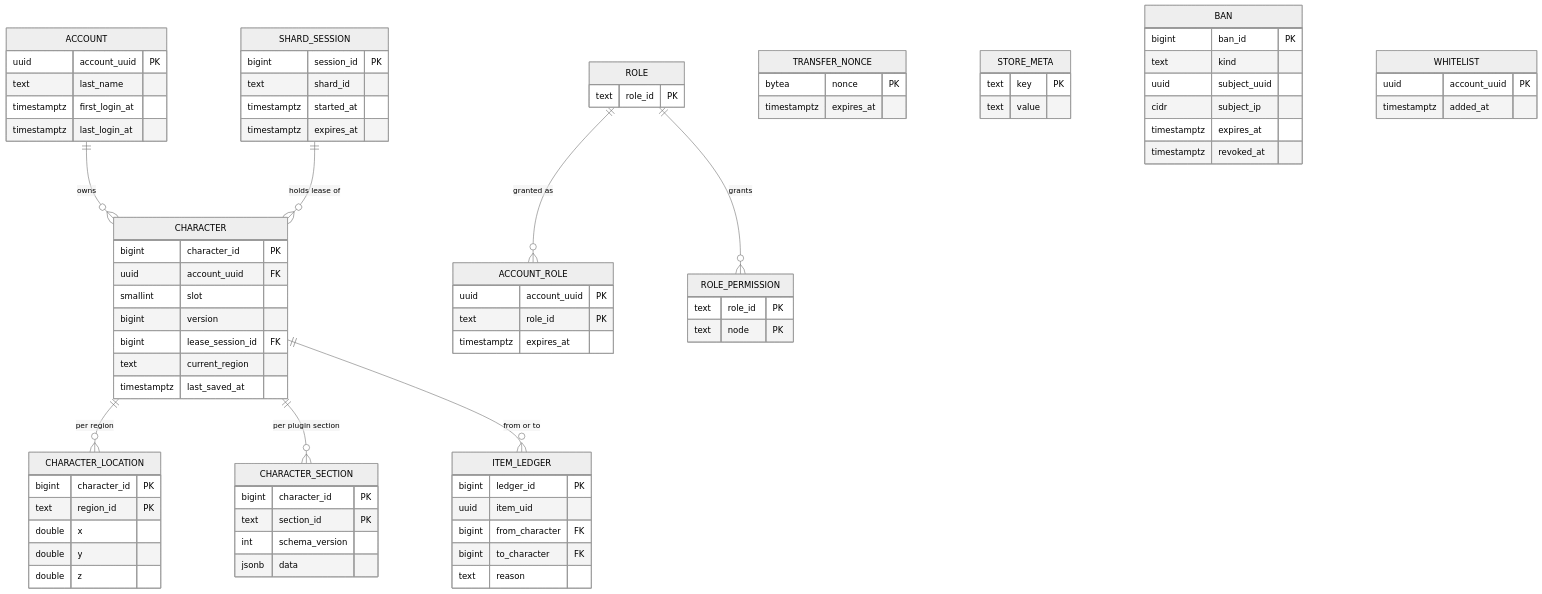
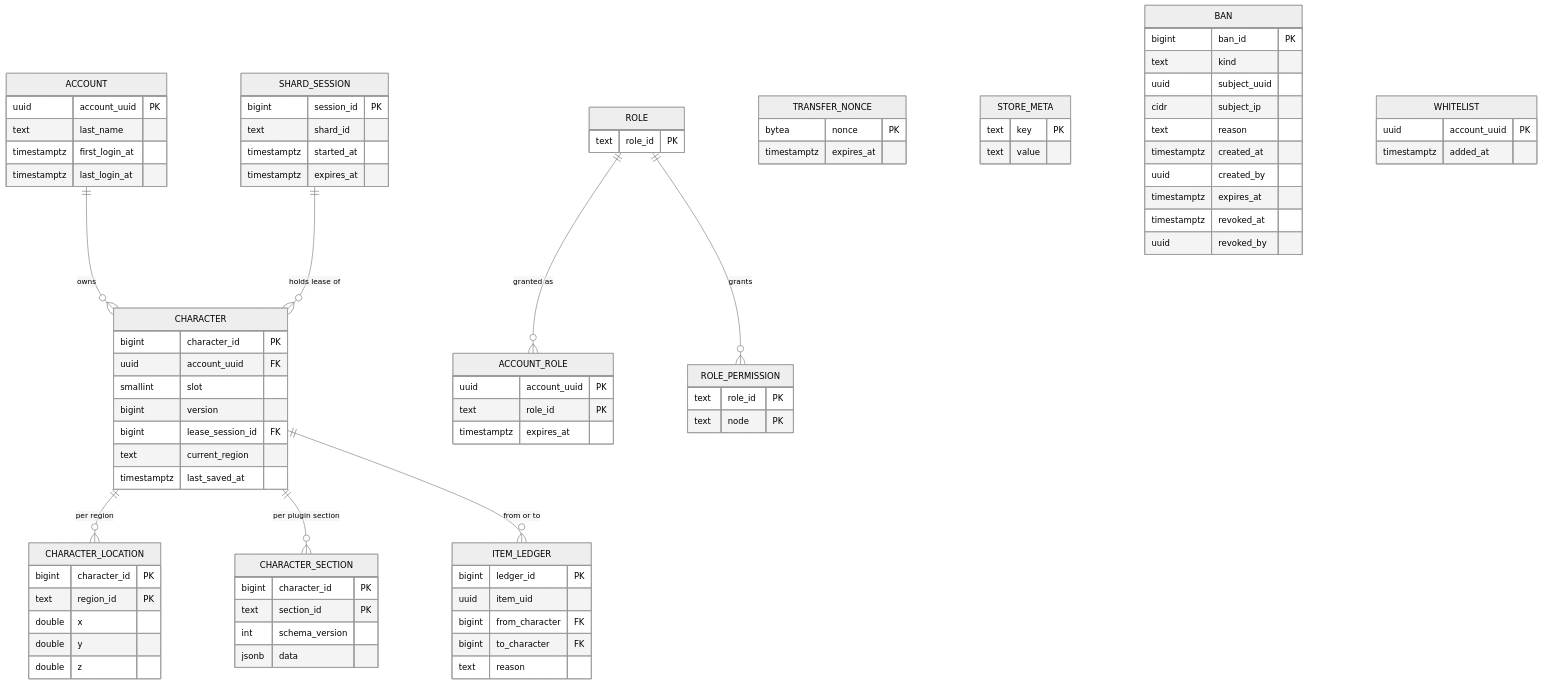
Before and after one commit to Bearisbug/synaxis: the second of 12 diagrams in docs/DESIGN-PROD.md, drawn with Mermaid (neutral theme). The commit also changed other lines of this file, not shown here.

```diff
--- a/docs/DESIGN-PROD.md
+++ b/docs/DESIGN-PROD.md
@@ -271,8 +273,12 @@
     text kind
     uuid subject_uuid
     cidr subject_ip
+    text reason
+    timestamptz created_at
+    uuid created_by
     timestamptz expires_at
     timestamptz revoked_at
+    uuid revoked_by
   }
   WHITELIST {
     uuid account_uuid PK
```
